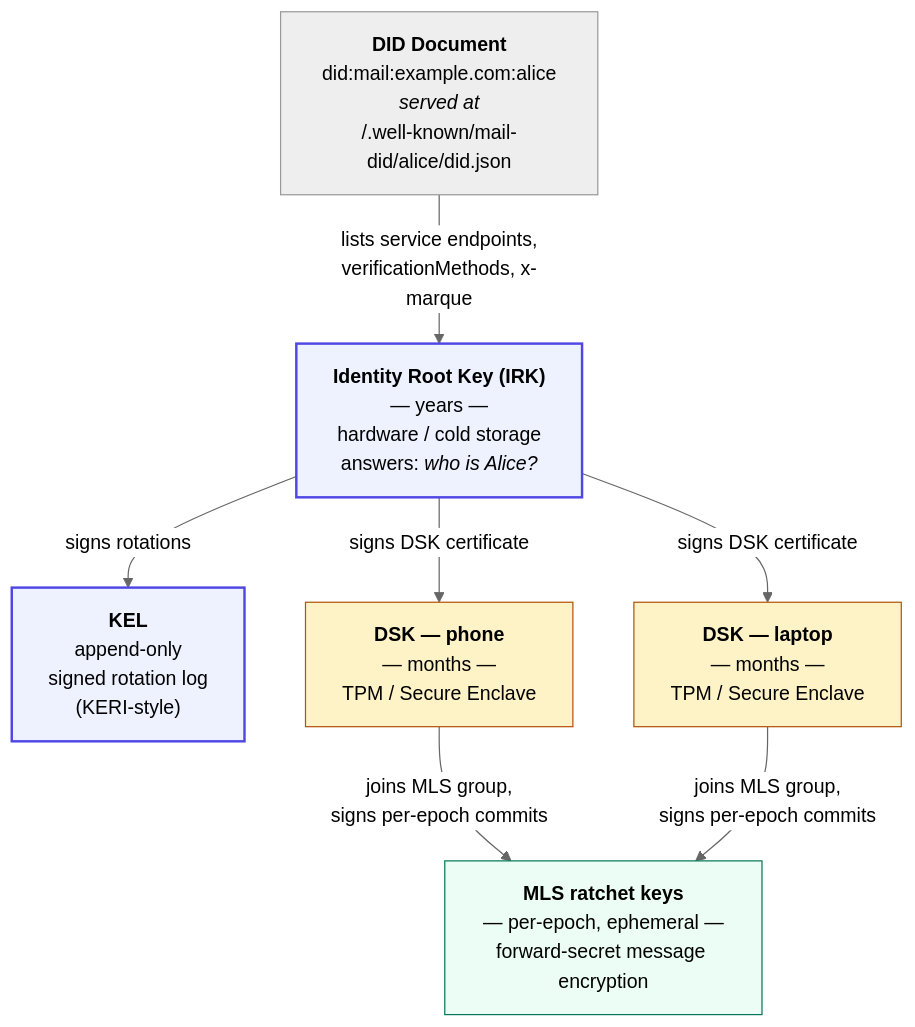
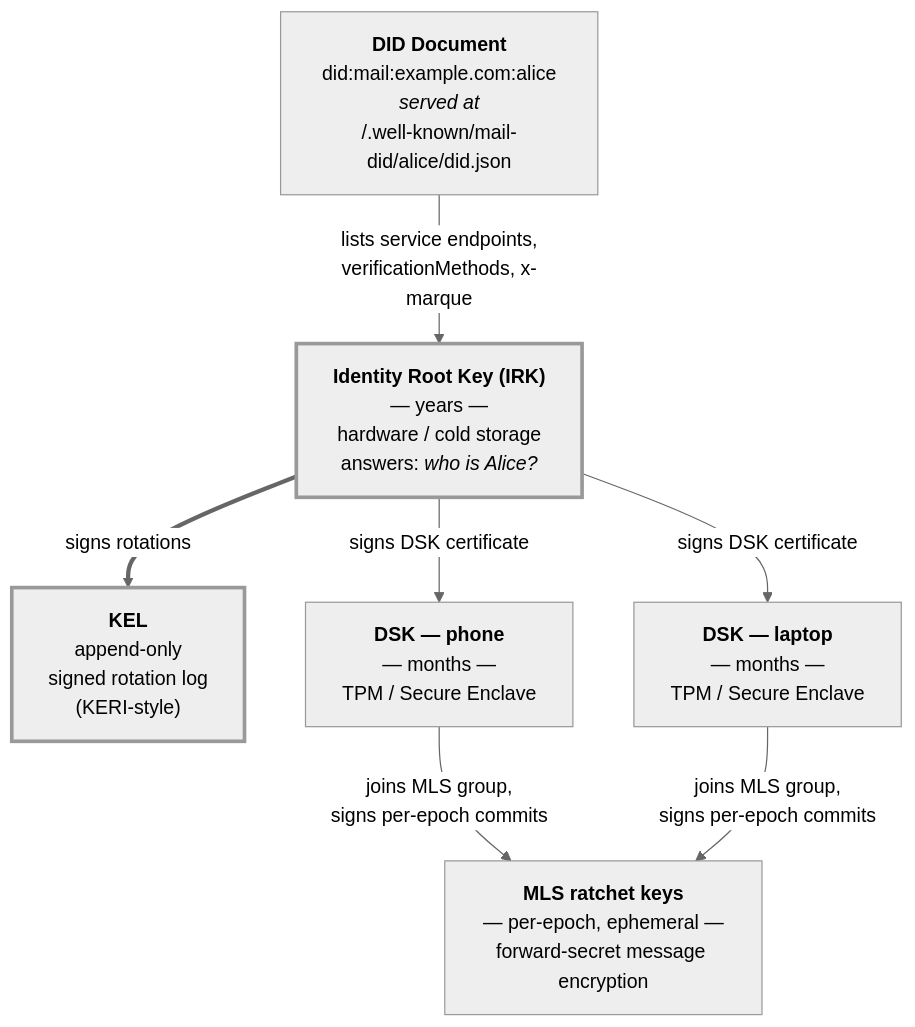
Before and after one commit to tamimbinhakim/marque: the first of 5 diagrams in docs/architecture-overview.md, drawn with Mermaid (neutral theme). The commit also changed other lines of this file and 6 other files, not shown here.

````diff
--- a/docs/architecture-overview.md
+++ b/docs/architecture-overview.md
@@ -11,25 +11,19 @@
 ```mermaid
 flowchart TB
     DID["<b>DID Document</b><br/>did:mail:example.com:alice<br/><i>served at</i><br/>/.well-known/mail-did/alice/did.json"]
     IRK["<b>Identity Root Key (IRK)</b><br/>— years —<br/>hardware / cold storage<br/>answers: <i>who is Alice?</i>"]
     KEL["<b>KEL</b><br/>append-only<br/>signed rotation log<br/>(KERI-style)"]
     DSK1["<b>DSK — phone</b><br/>— months —<br/>TPM / Secure Enclave"]
     DSK2["<b>DSK — laptop</b><br/>— months —<br/>TPM / Secure Enclave"]
     EPOCH["<b>MLS ratchet keys</b><br/>— per-epoch, ephemeral —<br/>forward-secret message encryption"]
 
     DID -->|lists service endpoints,<br/>verificationMethods, x-marque| IRK
-    IRK -->|signs rotations| KEL
+    IRK ==>|signs rotations| KEL
     IRK -->|signs DSK certificate| DSK1
     IRK -->|signs DSK certificate| DSK2
     DSK1 -->|joins MLS group,<br/>signs per-epoch commits| EPOCH
     DSK2 -->|joins MLS group,<br/>signs per-epoch commits| EPOCH
 
-    classDef root fill:#eef2ff,stroke:#4f46e5,stroke-width:2px;
-    classDef device fill:#fef3c7,stroke:#b45309,stroke-width:1px;
-    classDef epoch fill:#ecfdf5,stroke:#047857,stroke-width:1px;
-    class IRK root
-    class KEL root
-    class DSK1 device
-    class DSK2 device
-    class EPOCH epoch
+    classDef emphasized stroke-width:3px;
+    class IRK,KEL emphasized
 ```
````
